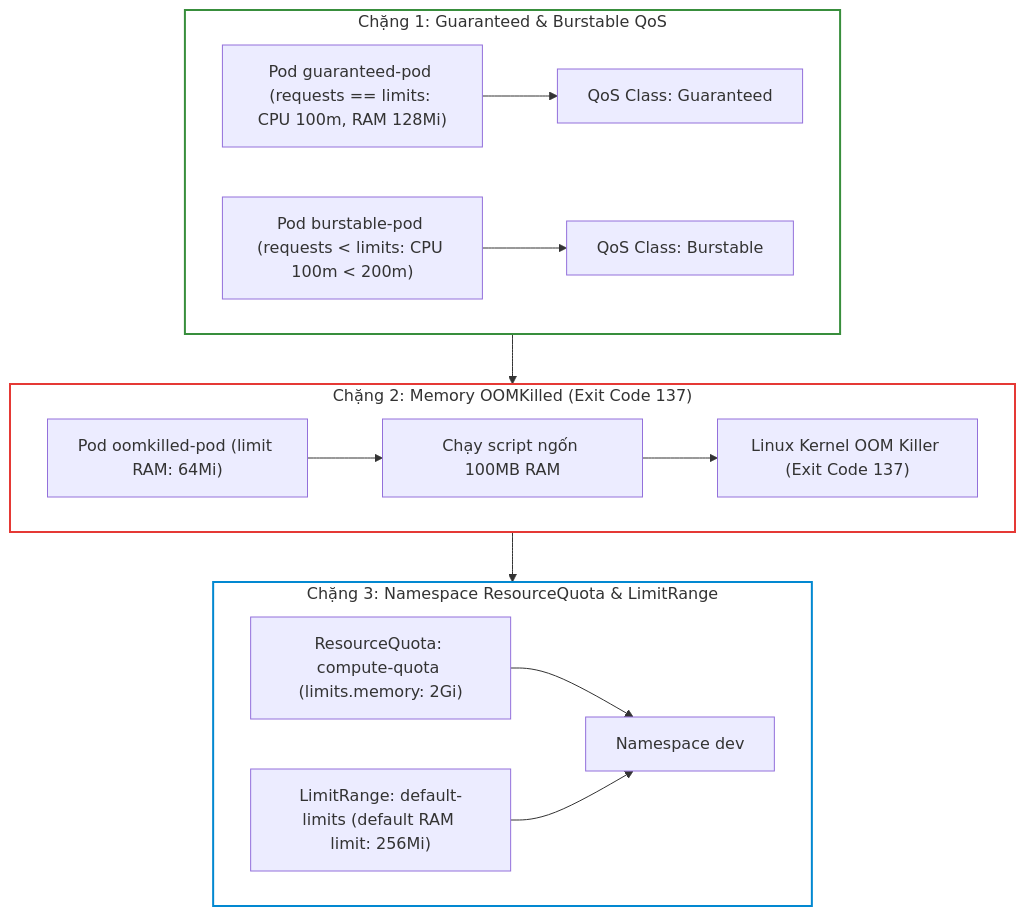
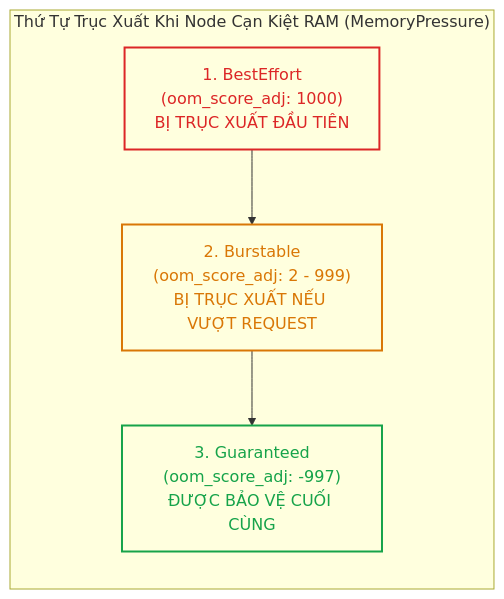
One commit to kiennt308/ntk changed the second of 3 diagrams in _posts/2026-09-12-cka-18-18-tai-nguyen-qos-va-throttling.md. Above: the diagram before and after it, drawn with Mermaid. The commit also changed other lines of this file and 39 other files, not shown here.

````diff
--- a/_posts/2026-09-12-cka-18-18-tai-nguyen-qos-va-throttling.md
+++ b/_posts/2026-09-12-cka-18-18-tai-nguyen-qos-va-throttling.md
@@ -496,23 +93,17 @@
 ```mermaid
-graph TD
-    subgraph Resource_K8s ["Chặng 1: Guaranteed & Burstable QoS"]
-        G_POD["Pod guaranteed-pod (requests == limits: CPU 100m, RAM 128Mi)"] --> G_QOS["QoS Class: Guaranteed"]
-        B_POD["Pod burstable-pod (requests < limits: CPU 100m < 200m)"] --> B_QOS["QoS Class: Burstable"]
+graph LR
+    subgraph EvictionOrder ["Thứ Tự Trục Xuất Khi Node Cạn Kiệt RAM (MemoryPressure)"]
+        BE["1. BestEffort<br>(oom_score_adj: 1000)<br>BỊ TRỤC XUẤT ĐẦU TIÊN"]
+        BU["2. Burstable<br>(oom_score_adj: 2 - 999)<br>BỊ TRỤC XUẤT NẾU VƯỢT REQUEST"]
+        GU["3. Guaranteed<br>(oom_score_adj: -997)<br>ĐƯỢC BẢO VỆ CUỐI CÙNG"]
+        
+        BE --> BU --> GU
     end
 
-    subgraph OOM_Testing ["Chặng 2: Memory OOMKilled (Exit Code 137)"]
-        OOM_POD["Pod oomkilled-pod (limit RAM: 64Mi)"] --> ALLOC["Chạy script ngốn 100MB RAM"]
-        ALLOC --> KERNEL_KILL["Linux Kernel OOM Killer (Exit Code 137)"]
-    end
-
-    subgraph Quota_Lab ["Chặng 3: Namespace ResourceQuota & LimitRange"]
-        QUOTA["ResourceQuota: compute-quota (limits.memory: 2Gi)"] --> NS_DEV["Namespace dev"]
-        LIMITR["LimitRange: default-limits (default RAM limit: 256Mi)"] --> NS_DEV
-    end
-
-    Resource_K8s --> OOM_Testing --> Quota_Lab
-
-    style Resource_K8s fill:none,stroke:#388e3c,stroke-width:2px
-    style OOM_Testing fill:none,stroke:#e53935,stroke-width:2px
-    style Quota_Lab fill:none,stroke:#0288d1,stroke-width:2px
+    classDef beStyle fill:none,stroke:#dc2626,stroke-width:2px,color:#dc2626;
+    classDef buStyle fill:none,stroke:#d97706,stroke-width:2px,color:#d97706;
+    classDef guStyle fill:none,stroke:#16a34a,stroke-width:2px,color:#16a34a;
+    class BE beStyle;
+    class BU buStyle;
+    class GU guStyle;
 ```
````
